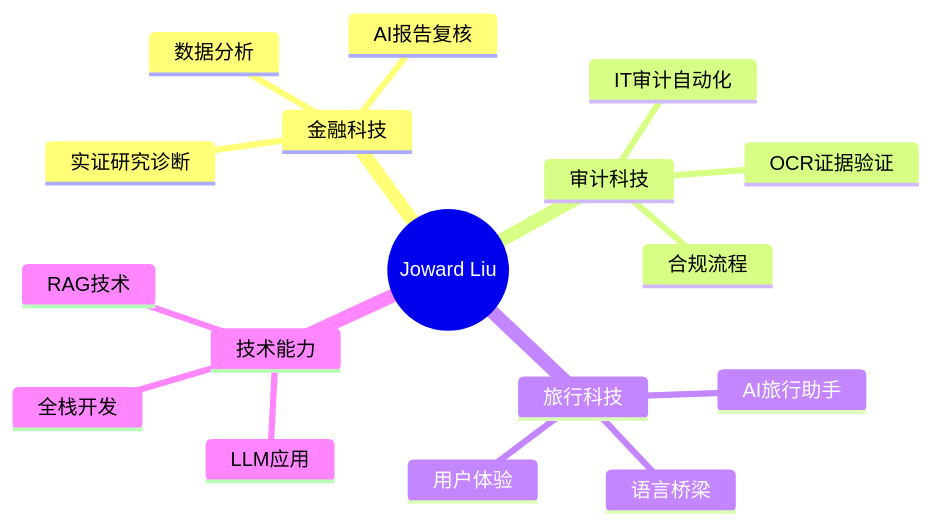
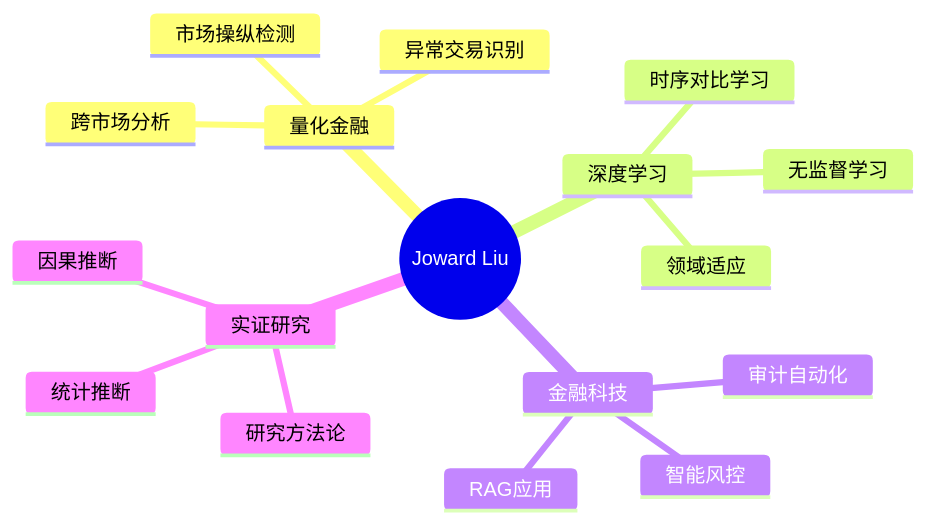
One commit to Joward2003/Joward2003 changed the diagram in README.md. Above: the diagram before and after it, drawn with Mermaid. The commit also changed other lines of this file, not shown here.

````diff
--- a/README.md
+++ b/README.md
@@ -403,20 +217,20 @@
 ```mermaid
 mindmap
   root((Joward Liu))
+    量化金融
+      市场操纵检测
+      异常交易识别
+      跨市场分析
+    深度学习
+      时序对比学习
+      领域适应
+      无监督学习
     金融科技
-      AI报告复核
-      实证研究诊断
-      数据分析
-    审计科技
-      IT审计自动化
-      OCR证据验证
-      合规流程
-    旅行科技
-      AI旅行助手
-      语言桥梁
-      用户体验
-    技术能力
-      RAG技术
-      LLM应用
-      全栈开发
+      智能风控
+      RAG应用
+      审计自动化
+    实证研究
+      研究方法论
+      统计推断
+      因果推断
 ```
````
